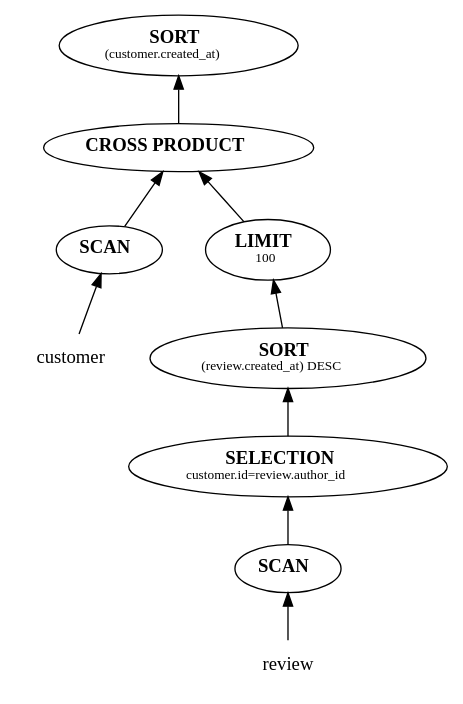
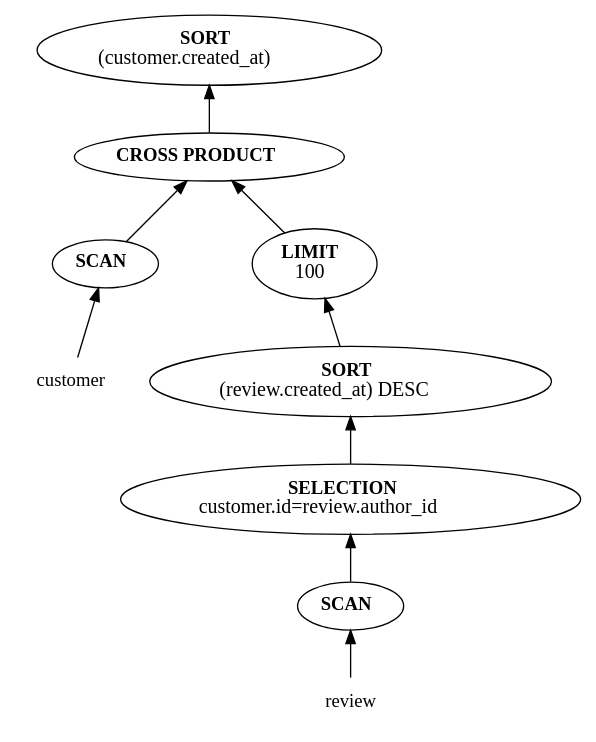
Before and after one commit to johansolbakken/solbakken-sunde-master-tools: the diagram in graphviz/safe_for_rowid.dot, drawn with Graphviz. The commit also changed 5 other files, not shown here.

```diff
--- a/graphviz/safe_for_rowid.dot
+++ b/graphviz/safe_for_rowid.dot
@@ -1,26 +1,26 @@
 digraph SafeForRowID {
     rankdir=BT;
 
-    outer_order [label=<<B>SORT</B><br /><font point-size="10">(customer.created_at)</font>>]
+    outer_order [label=<<B>SORT</B><br /><font point-size="15">(customer.created_at)</font>>]
 
     cross_prod [label=<<B>CROSS PRODUCT</B>>]
 
     customer_scan [label=<<B>SCAN</B>>]
     customer_table[label="customer", shape="none"]
 
-    limit [label=<<B>LIMIT</B><br /><font point-size="10">100</font>>]
-    inner_sort [label=<<B>SORT</B><br /><font point-size="10">(review.created_at) DESC</font>>]
-    where [label=<<B>SELECTION</B><br /><font point-size="10">customer.id=review.author_id</font>>]
+    limit [label=<<B>LIMIT</B><br /><font point-size="15">100</font>>]
+    inner_sort [label=<<B>SORT</B><br /><font point-size="15">(review.created_at) DESC</font>>]
+    where [label=<<B>SELECTION</B><br /><font point-size="15">customer.id=review.author_id</font>>]
     review_scan [label=<<B>SCAN</B>>]
     review_table [label="review", shape="none"]
 
     cross_prod -> outer_order
     customer_scan -> cross_prod
     customer_table -> customer_scan
 
     limit -> cross_prod
     inner_sort -> limit
     where -> inner_sort
     review_scan -> where
     review_table -> review_scan
 }
```
